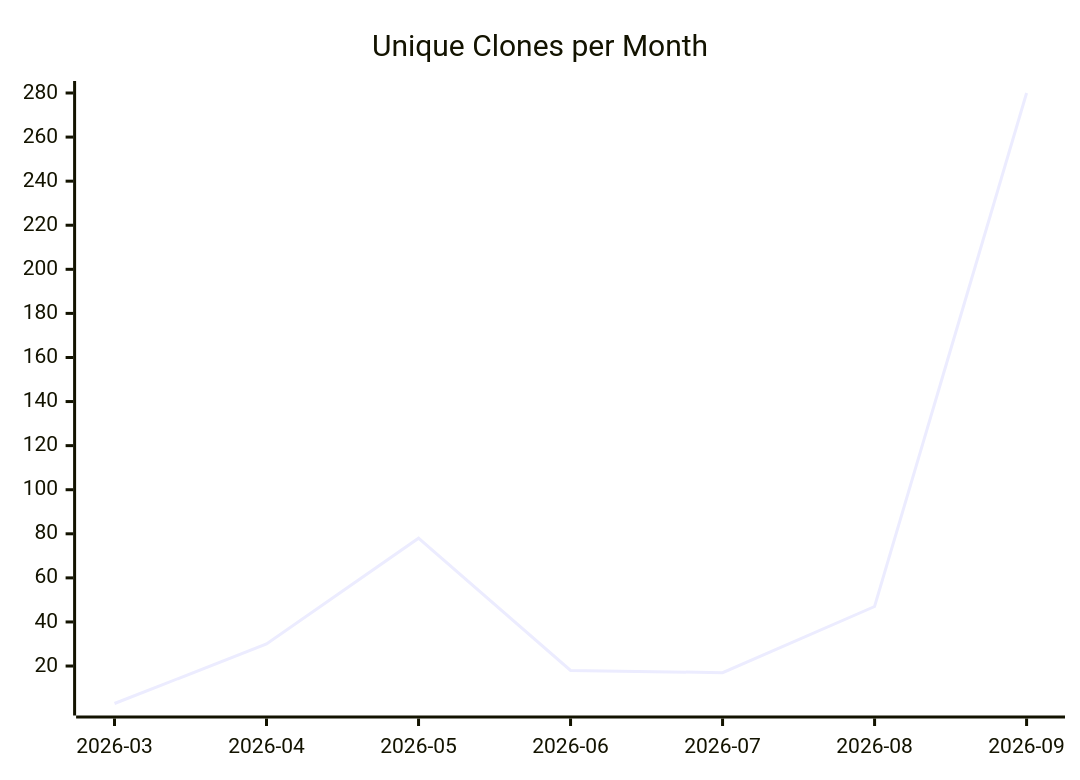
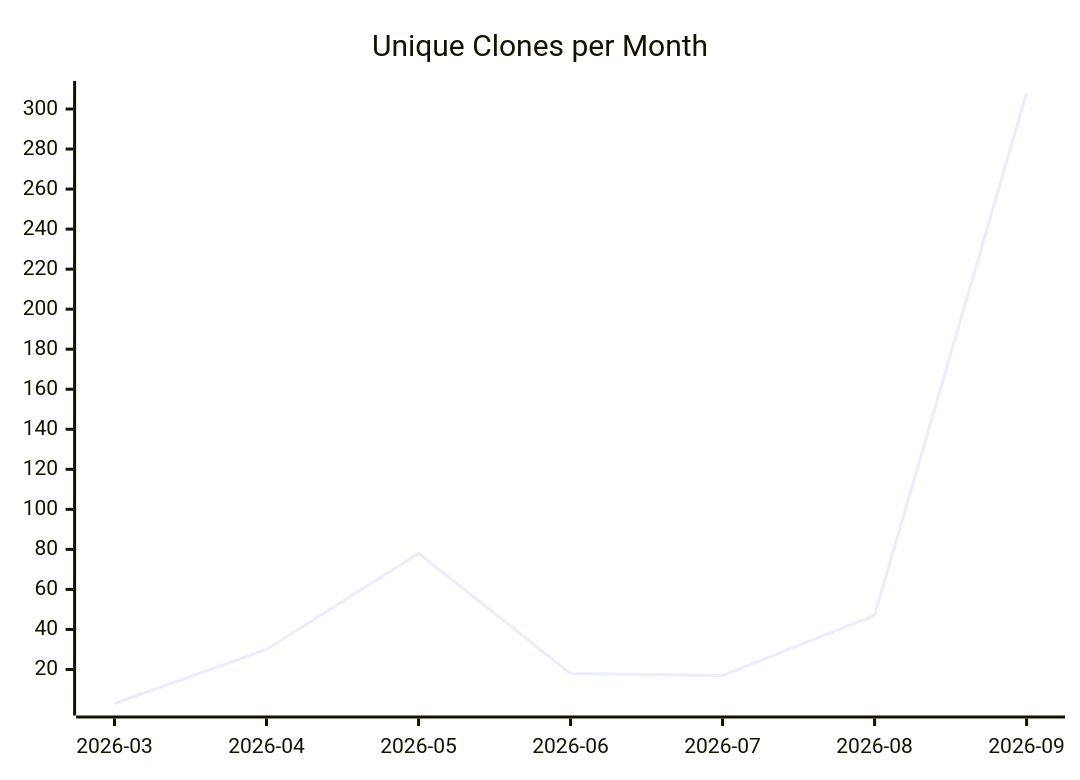
Before and after one commit to justdavis-family/github-analytics-data: the third of 3 diagrams in karlmdavis/justdavis-ansible/README.md, drawn with Mermaid. The commit also changed other lines of this file and 199 other files, not shown here.

````diff
--- a/karlmdavis/justdavis-ansible/README.md
+++ b/karlmdavis/justdavis-ansible/README.md
@@ -19,6 +19,6 @@
 ```mermaid
 xychart-beta
   title "Unique Clones per Month"
   x-axis ["2026-03", "2026-04", "2026-05", "2026-06", "2026-07", "2026-08", "2026-09"]
-  line [3, 30, 78, 18, 17, 47, 280]
+  line [3, 30, 78, 18, 17, 47, 308]
 ```
````
